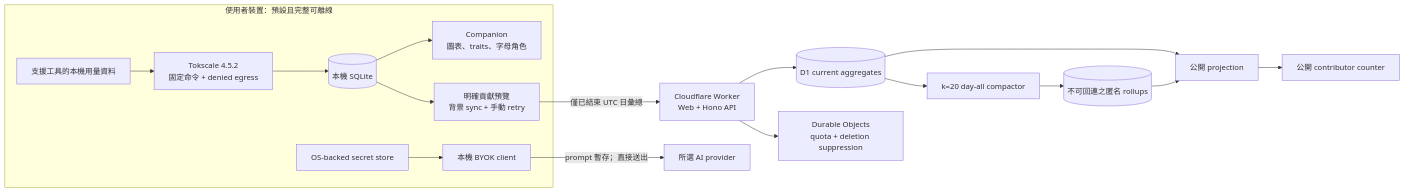
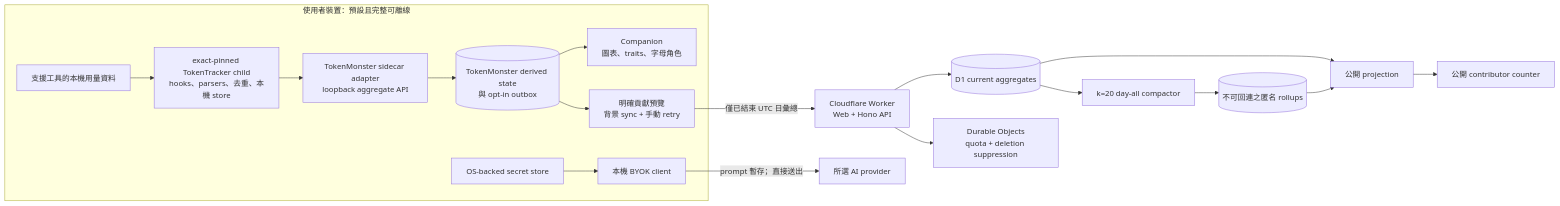
Before and after one commit to teddashh/TokenMonster: the diagram in README.md, drawn with Mermaid. The commit also changed other lines of this file and 76 other files, not shown here.

Commit message:
Add permanent TokenTracker sidecar companion

````diff
--- a/README.md
+++ b/README.md
@@ -53,26 +64,28 @@
 ```mermaid
 flowchart LR
   subgraph Local[使用者裝置：預設且完整可離線]
     Logs[支援工具的本機用量資料]
-    Tokscale[Tokscale 4.5.2\n固定命令 + denied egress]
-    Store[(本機 SQLite)]
+    Tracker[exact-pinned TokenTracker child\nhooks、parsers、去重、本機 store]
+    Adapter[TokenMonster sidecar adapter\nloopback aggregate API]
+    State[(TokenMonster derived state\n與 opt-in outbox)]
     UI[Companion\n圖表、traits、字母角色]
     Preview[明確貢獻預覽\n背景 sync + 手動 retry]
     Vault[OS-backed secret store]
     BYOK[本機 BYOK client]
-    Logs --> Tokscale --> Store
-    Store --> UI
-    Store --> Preview
+    Logs --> Tracker --> Adapter
+    Adapter --> State
+    State --> UI
+    State --> Preview
     Vault --> BYOK
   end
 
   Preview -->|僅已結束 UTC 日彙總| Worker[Cloudflare Worker\nWeb + Hono API]
   Worker --> D1[(D1 current aggregates)]
   Worker --> DO[Durable Objects\nquota + deletion suppression]
   D1 --> Compact[k=20 day-all compactor]
   Compact --> Rollups[(不可回連之匿名 rollups)]
   D1 --> Projection[公開 projection]
   Rollups --> Projection
   Projection --> Public[公開 contributor counter]
   BYOK -->|prompt 暫存；直接送出| Provider[所選 AI provider]
 ```
````
